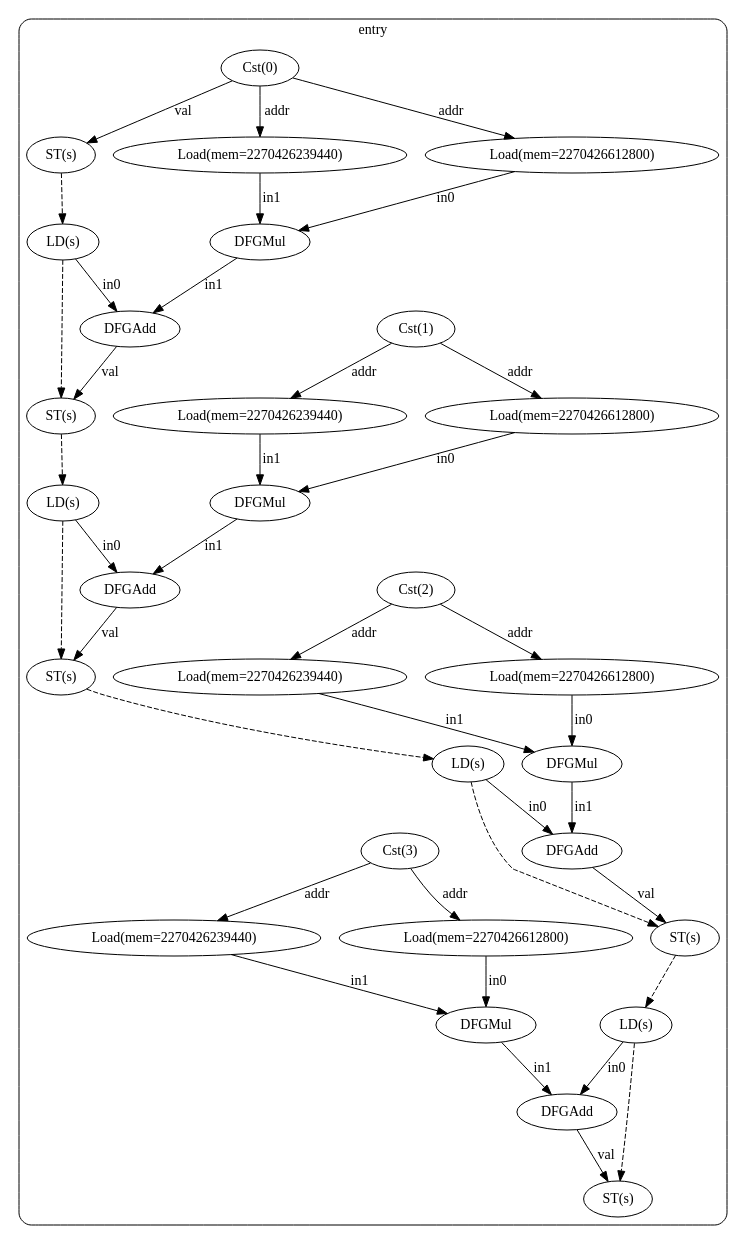
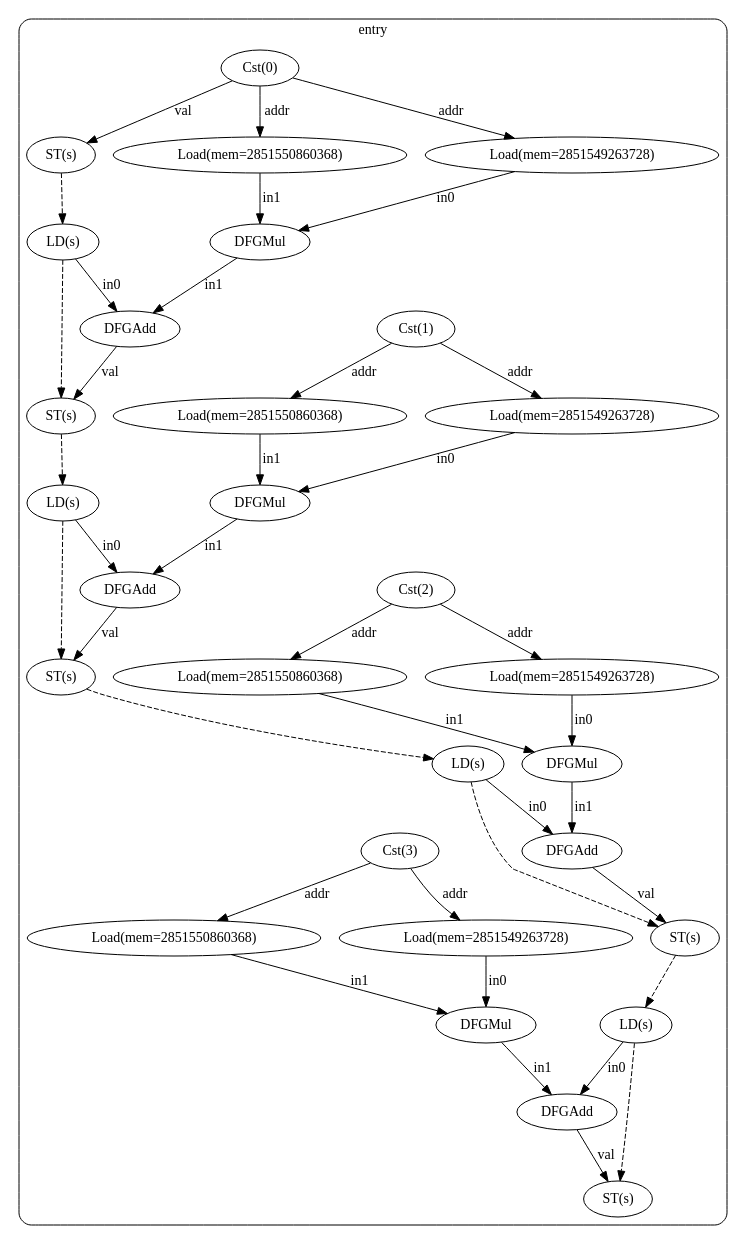
Before and after one commit to ma-carrillo/High-level-synthesis-assignment: the diagram in test13/cfg_with_dfg.dot, drawn with Graphviz. The commit also changed 19 other files, not shown here.

```diff
--- a/test13/cfg_with_dfg.dot
+++ b/test13/cfg_with_dfg.dot
@@ -1,73 +1,73 @@
 digraph "cfg" {
   compound=true;
   subgraph "cluster_bb0" {
     label="entry";
     style=rounded;
     bb0_n0 [label="Cst(0)"];
     bb0_n1 [label="ST(s)"];
     bb0_n2 [label="LD(s)"];
-    bb0_n3 [label="Load(mem=2270426612800)"];
-    bb0_n4 [label="Load(mem=2270426239440)"];
+    bb0_n3 [label="Load(mem=2851549263728)"];
+    bb0_n4 [label="Load(mem=2851550860368)"];
     bb0_n5 [label="DFGMul"];
     bb0_n6 [label="DFGAdd"];
     bb0_n7 [label="ST(s)"];
     bb0_n8 [label="LD(s)"];
     bb0_n9 [label="Cst(1)"];
-    bb0_n10 [label="Load(mem=2270426612800)"];
-    bb0_n11 [label="Load(mem=2270426239440)"];
+    bb0_n10 [label="Load(mem=2851549263728)"];
+    bb0_n11 [label="Load(mem=2851550860368)"];
     bb0_n12 [label="DFGMul"];
     bb0_n13 [label="DFGAdd"];
     bb0_n14 [label="ST(s)"];
     bb0_n15 [label="LD(s)"];
     bb0_n16 [label="Cst(2)"];
-    bb0_n17 [label="Load(mem=2270426612800)"];
-    bb0_n18 [label="Load(mem=2270426239440)"];
+    bb0_n17 [label="Load(mem=2851549263728)"];
+    bb0_n18 [label="Load(mem=2851550860368)"];
     bb0_n19 [label="DFGMul"];
     bb0_n20 [label="DFGAdd"];
     bb0_n21 [label="ST(s)"];
     bb0_n22 [label="LD(s)"];
     bb0_n23 [label="Cst(3)"];
-    bb0_n24 [label="Load(mem=2270426612800)"];
-    bb0_n25 [label="Load(mem=2270426239440)"];
+    bb0_n24 [label="Load(mem=2851549263728)"];
+    bb0_n25 [label="Load(mem=2851550860368)"];
     bb0_n26 [label="DFGMul"];
     bb0_n27 [label="DFGAdd"];
     bb0_n28 [label="ST(s)"];
     bb0_n0 -> bb0_n1 [label="val"];
     bb0_n0 -> bb0_n3 [label="addr"];
     bb0_n0 -> bb0_n4 [label="addr"];
     bb0_n1 -> bb0_n2 [style="dashed"];
     bb0_n2 -> bb0_n6 [label="in0"];
     bb0_n2 -> bb0_n7 [style="dashed"];
     bb0_n3 -> bb0_n5 [label="in0"];
     bb0_n4 -> bb0_n5 [label="in1"];
     bb0_n5 -> bb0_n6 [label="in1"];
     bb0_n6 -> bb0_n7 [label="val"];
     bb0_n7 -> bb0_n8 [style="dashed"];
     bb0_n8 -> bb0_n13 [label="in0"];
     bb0_n8 -> bb0_n14 [style="dashed"];
     bb0_n9 -> bb0_n10 [label="addr"];
     bb0_n9 -> bb0_n11 [label="addr"];
     bb0_n10 -> bb0_n12 [label="in0"];
     bb0_n11 -> bb0_n12 [label="in1"];
     bb0_n12 -> bb0_n13 [label="in1"];
     bb0_n13 -> bb0_n14 [label="val"];
     bb0_n14 -> bb0_n15 [style="dashed"];
     bb0_n15 -> bb0_n20 [label="in0"];
     bb0_n15 -> bb0_n21 [style="dashed"];
     bb0_n16 -> bb0_n17 [label="addr"];
     bb0_n16 -> bb0_n18 [label="addr"];
     bb0_n17 -> bb0_n19 [label="in0"];
     bb0_n18 -> bb0_n19 [label="in1"];
     bb0_n19 -> bb0_n20 [label="in1"];
     bb0_n20 -> bb0_n21 [label="val"];
     bb0_n21 -> bb0_n22 [style="dashed"];
     bb0_n22 -> bb0_n27 [label="in0"];
     bb0_n22 -> bb0_n28 [style="dashed"];
     bb0_n23 -> bb0_n24 [label="addr"];
     bb0_n23 -> bb0_n25 [label="addr"];
     bb0_n24 -> bb0_n26 [label="in0"];
     bb0_n25 -> bb0_n26 [label="in1"];
     bb0_n26 -> bb0_n27 [label="in1"];
     bb0_n27 -> bb0_n28 [label="val"];
   }
 }
```
